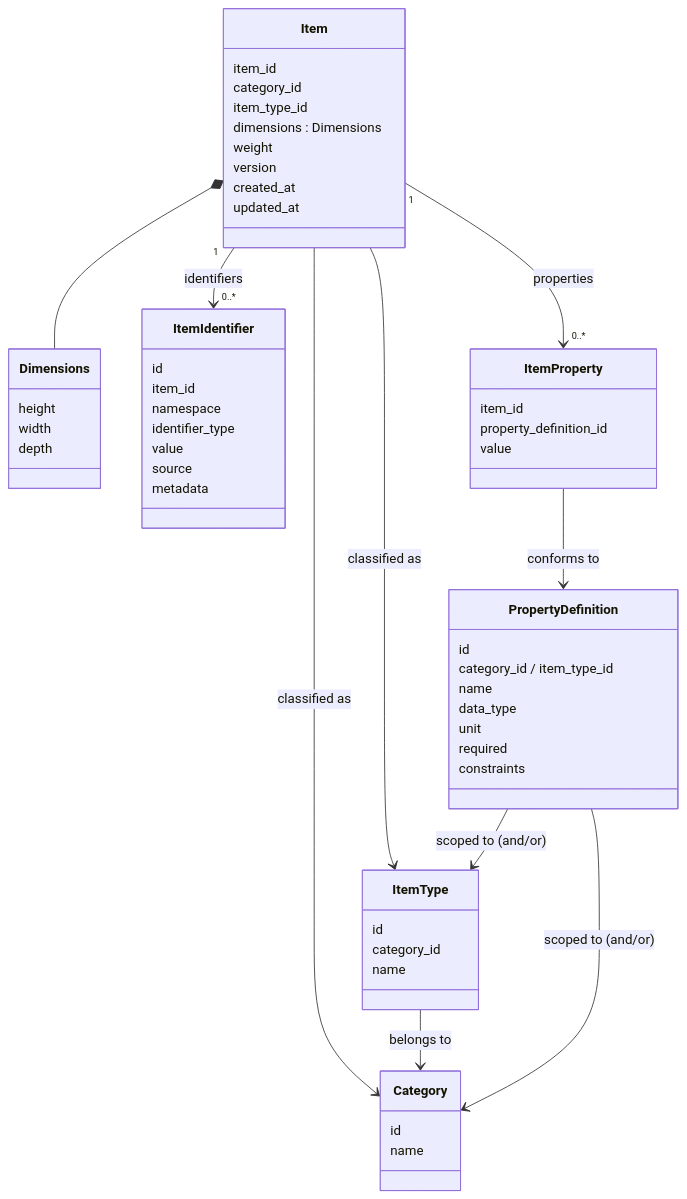
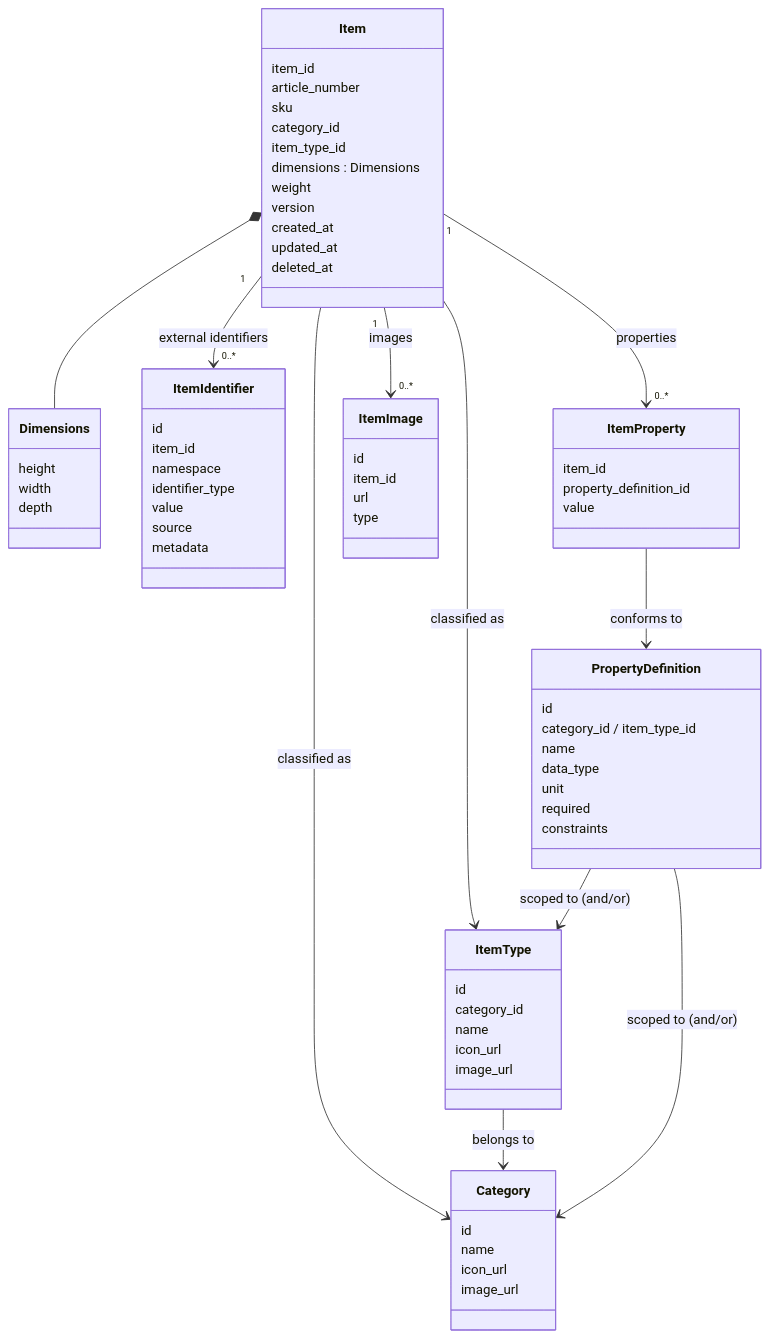
Before and after one commit to Loorenz-David/ItemDomain: the diagram in docs/01-item-domain.md, drawn with Mermaid. The commit also changed other lines of this file and 12 other files, not shown here.

````diff
--- a/docs/01-item-domain.md
+++ b/docs/01-item-domain.md
@@ -56,60 +59,74 @@
 ```mermaid
 classDiagram
     class Item {
         item_id
+        article_number
+        sku
         category_id
         item_type_id
         dimensions : Dimensions
         weight
         version
         created_at
         updated_at
+        deleted_at
     }
     class Dimensions {
         height
         width
         depth
     }
     class ItemIdentifier {
         id
         item_id
         namespace
         identifier_type
         value
         source
         metadata
     }
     class ItemProperty {
         item_id
         property_definition_id
         value
     }
+    class ItemImage {
+        id
+        item_id
+        url
+        type
+    }
     class Category {
         id
         name
+        icon_url
+        image_url
     }
     class ItemType {
         id
         category_id
         name
+        icon_url
+        image_url
     }
     class PropertyDefinition {
         id
         category_id / item_type_id
         name
         data_type
         unit
         required
         constraints
     }
 
-    Item "1" --> "0..*" ItemIdentifier : identifiers
+    Item "1" --> "0..*" ItemIdentifier : external identifiers
     Item "1" --> "0..*" ItemProperty : properties
+    Item "1" --> "0..*" ItemImage : images
     Item --> Category : classified as
     Item --> ItemType : classified as
     ItemType --> Category : belongs to
     ItemProperty --> PropertyDefinition : conforms to
     PropertyDefinition --> Category : scoped to (and/or)
     PropertyDefinition --> ItemType : scoped to (and/or)
     Item *-- Dimensions
 ```
````
